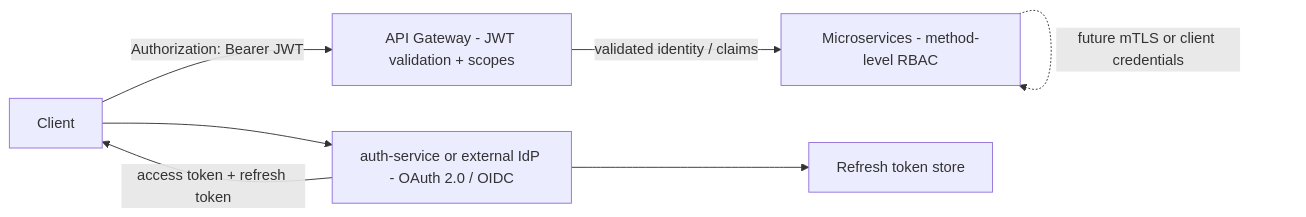
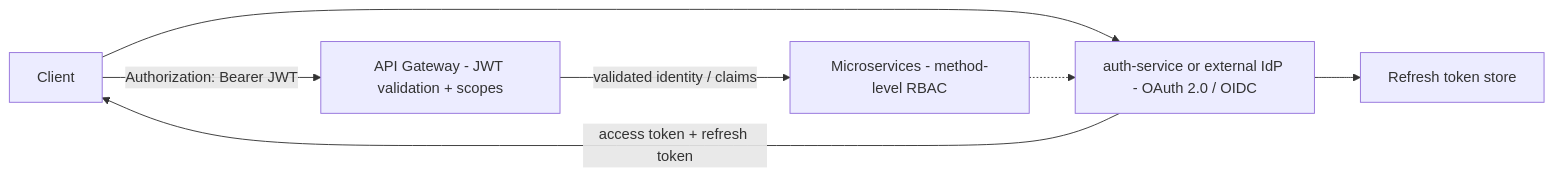
Before and after one commit to pramod4it/camp: the ninth of 14 diagrams in README.md, drawn with Mermaid. The commit also changed other lines of this file, not shown here.

Commit message:
Simplify README deployment Mermaid diagrams

````diff
--- a/README.md
+++ b/README.md
@@ -402,15 +408,15 @@
 ```mermaid
 flowchart LR
     Client["Client"]
     Auth["auth-service or external IdP - OAuth 2.0 / OIDC"]
     Gateway["API Gateway - JWT validation + scopes"]
     Services["Microservices - method-level RBAC"]
     TokenStore["Refresh token store"]
 
     Client --> Auth
     Auth -->|"access token + refresh token"| Client
     Client -->|"Authorization: Bearer JWT"| Gateway
     Gateway -->|"validated identity / claims"| Services
     Auth --> TokenStore
-    Services -.->|"future mTLS or client credentials"| Services
+    Services -.-> Auth
 ```
````
